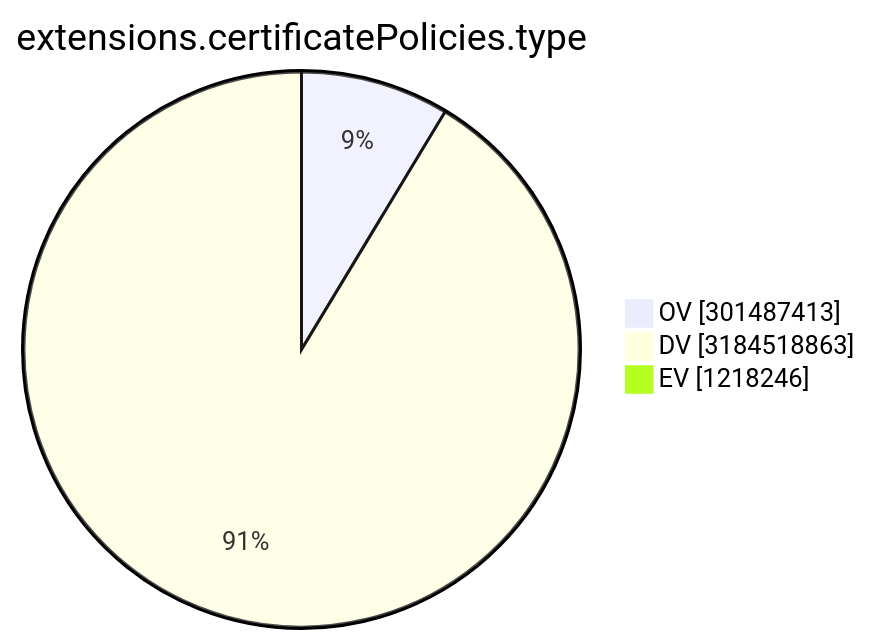
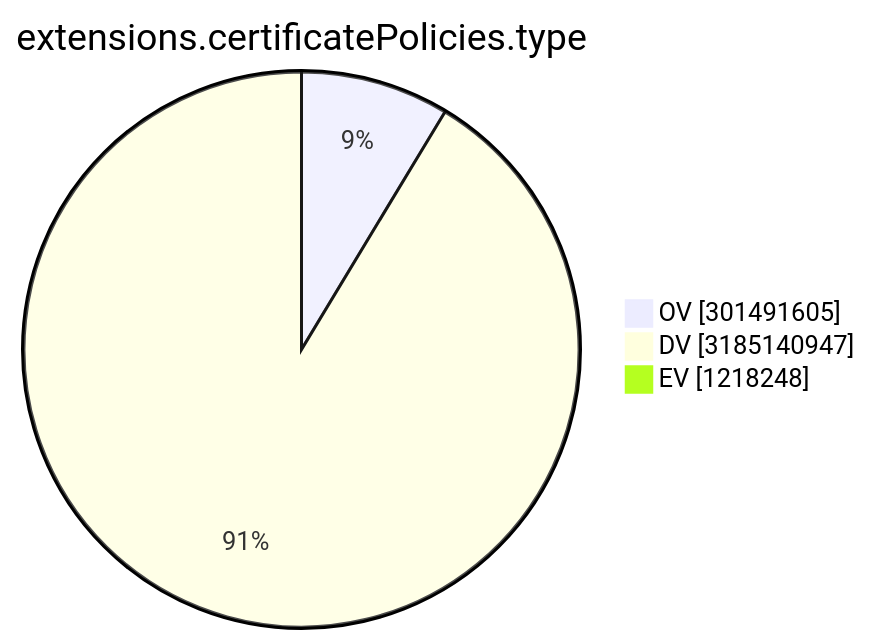
The ninth of 15 diagrams in TOTAL/README.md (christiankrug/ctmonitor_visualization), drawn with Mermaid before and after one commit. The commit also changed other lines of this file, not shown here.

````diff
--- a/TOTAL/README.md
+++ b/TOTAL/README.md
@@ -3106,7 +3106,7 @@
 ```mermaid
 pie showData
 title extensions.certificatePolicies.type
-"OV" :301487413
-"DV" :3184518863
-"EV" :1218246
+"OV" :301491605
+"DV" :3185140947
+"EV" :1218248
 ```
````
